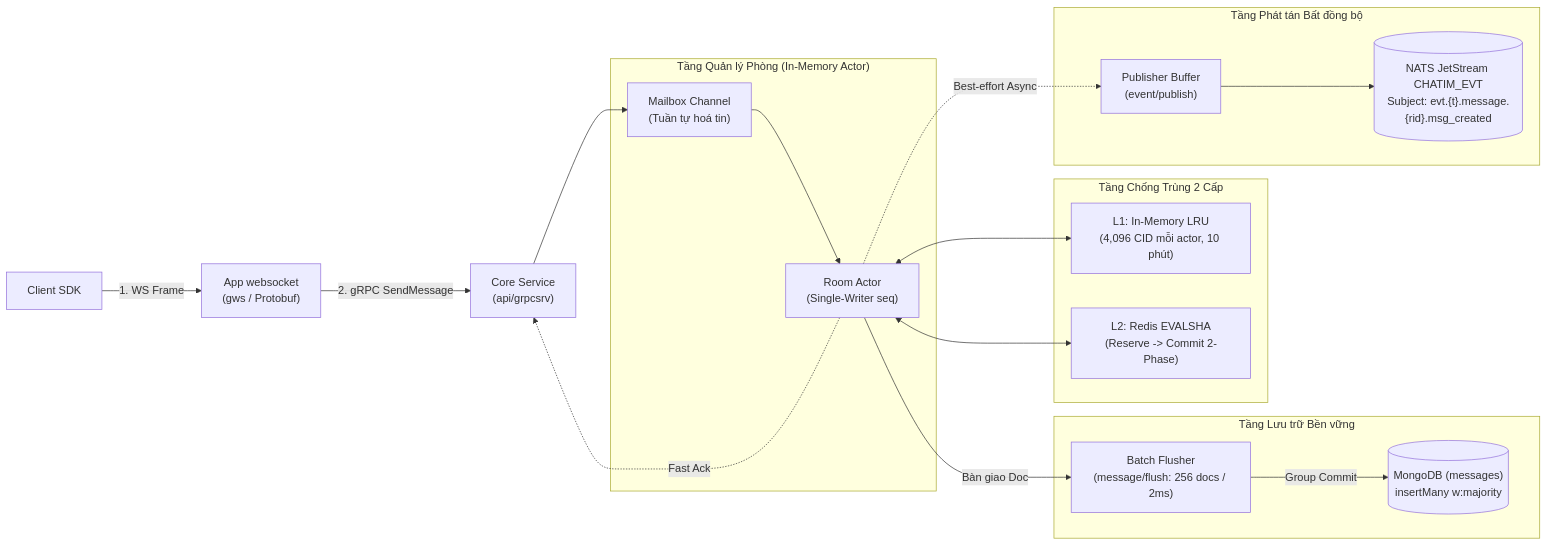
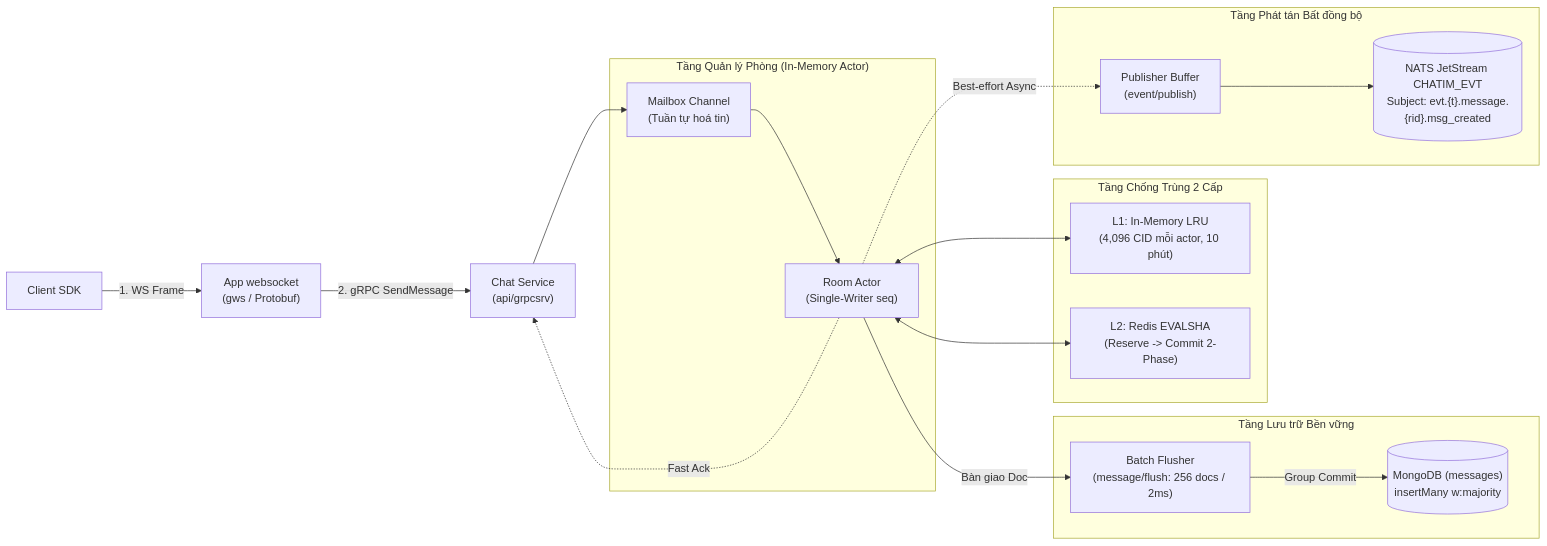
The first of 3 diagrams in docs/modules/02-feature-message-sending-and-ordering.md (ivannguyendev/chatim), drawn with Mermaid before and after one commit. The commit also changed other lines of this file and 332 other files, not shown here.

````diff
--- a/docs/modules/02-feature-message-sending-and-ordering.md
+++ b/docs/modules/02-feature-message-sending-and-ordering.md
@@ -24,33 +24,33 @@
 ```mermaid
 flowchart LR
     Client["Client SDK"] -->|1. WS Frame| GW["App websocket<br/>(gws / Protobuf)"]
-    GW -->|2. gRPC SendMessage| Core["Core Service<br/>(api/grpcsrv)"]
+    GW -->|2. gRPC SendMessage| Chat["Chat Service<br/>(api/grpcsrv)"]
 
     subgraph ActorDomain["Tầng Quản lý Phòng (In-Memory Actor)"]
         Mailbox["Mailbox Channel<br/>(Tuần tự hoá tin)"] --> RoomActor["Room Actor<br/>(Single-Writer seq)"]
     end
 
     subgraph DedupeTier["Tầng Chống Trùng 2 Cấp"]
         MemLRU["L1: In-Memory LRU<br/>(4,096 CID mỗi actor, 10 phút)"]
         RedisDed["L2: Redis EVALSHA<br/>(Reserve -> Commit 2-Phase)"]
     end
 
     subgraph Persistence["Tầng Lưu trữ Bền vững"]
         Flusher["Batch Flusher<br/>(message/flush: 256 docs / 2ms)"]
         MongoDb[("MongoDB (messages)<br/>insertMany w:majority")]
     end
 
     subgraph EventStream["Tầng Phát tán Bất đồng bộ"]
         PubQueue["Publisher Buffer<br/>(event/publish)"]
         NATSJet[("NATS JetStream CHATIM_EVT<br/>Subject: evt.{t}.message.{rid}.msg_created")]
     end
 
-    Core --> Mailbox
+    Chat --> Mailbox
     RoomActor <--> MemLRU
     RoomActor <--> RedisDed
     RoomActor -->|Bàn giao Doc| Flusher
     Flusher -->|Group Commit| MongoDb
-    RoomActor -.->|Fast Ack| Core
+    RoomActor -.->|Fast Ack| Chat
     RoomActor -.->|Best-effort Async| PubQueue
     PubQueue --> NATSJet
 ```
````
